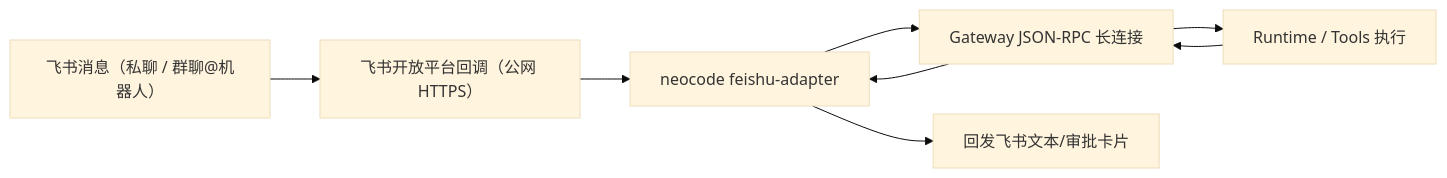
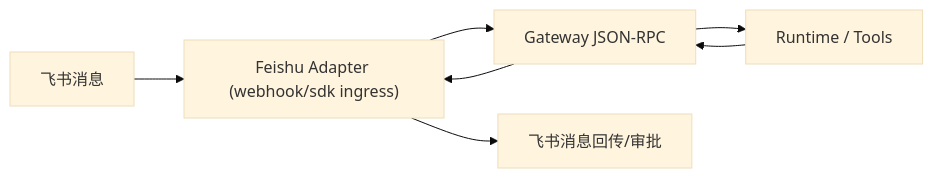
The diagram in www/guide/feishu-remote-setup.md (Yumiue/neo-code), drawn with Mermaid (base theme) before and after one commit. The commit also changed other lines of this file and 15 other files, not shown here.

Commit message:
feat(feishu): add sdk ingress mode for local no-public-callback flow (#557)

````diff
--- a/www/guide/feishu-remote-setup.md
+++ b/www/guide/feishu-remote-setup.md
@@ -14,10 +15,9 @@
 ```mermaid
 flowchart LR
-  A["飞书消息（私聊 / 群聊@机器人）"] --> B["飞书开放平台回调（公网 HTTPS）"]
-  B --> C["neocode feishu-adapter"]
-  C --> D["Gateway JSON-RPC 长连接"]
-  D --> E["Runtime / Tools 执行"]
-  E --> D
+  A["飞书消息"] --> B["Feishu Adapter (webhook/sdk ingress)"]
+  B --> C["Gateway JSON-RPC"]
+  C --> D["Runtime / Tools"]
   D --> C
-  C --> F["回发飞书文本/审批卡片"]
+  C --> B
+  B --> E["飞书消息回传/审批"]
 ```
````
